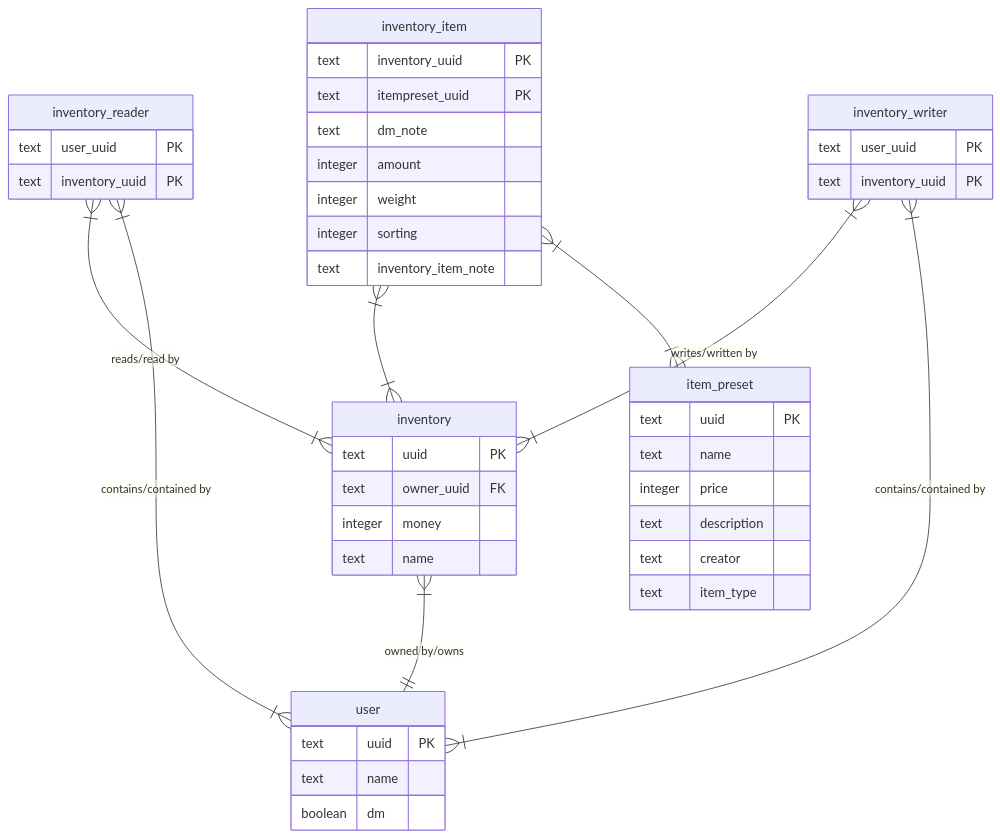
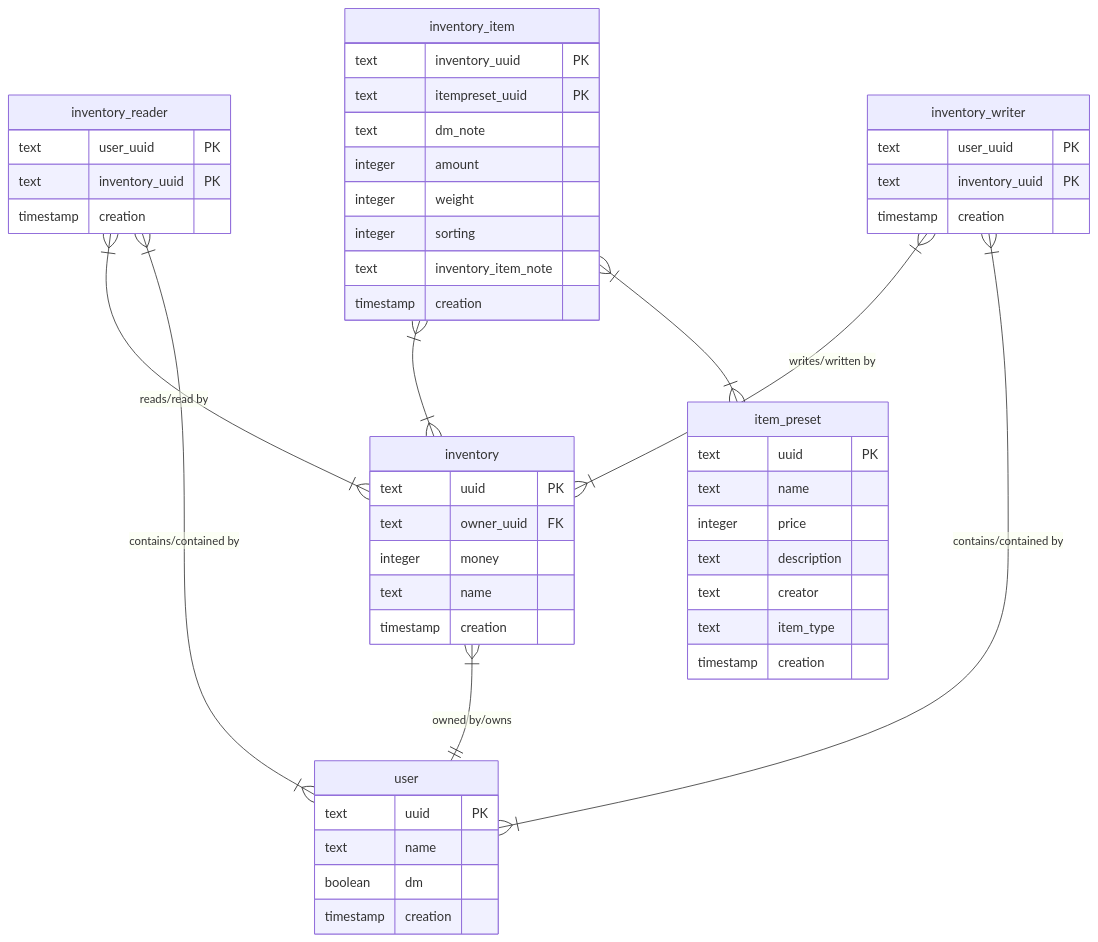
The diagram in backend/README.md (NamelessGroup/InventarWerk), drawn with Mermaid before and after one commit. The commit also changed other lines of this file and 1 other file, not shown here.

````diff
--- a/backend/README.md
+++ b/backend/README.md
@@ -252,54 +184,60 @@
 ```mermaid
 
 erDiagram
     inventory 1+--1 user: "owned by/owns"
     
     inventory {
         text uuid PK
         text owner_uuid FK
         integer money
         text name
+        timestamp creation
     }
 
     inventory_reader 1+--1+ inventory: "reads/read by"
     inventory_reader 1+--1+ user: "contains/contained by"
 
     inventory_reader {
         text user_uuid PK
         text inventory_uuid PK
+        timestamp creation
     }
     
     inventory_writer 1+--1+ inventory: "writes/written by"
     inventory_writer 1+--1+ user: "contains/contained by"
 
     inventory_writer {
         text user_uuid PK
         text inventory_uuid PK
+        timestamp creation
     }
 
 
     item_preset {
         text uuid PK
         text name
         integer price
         text description
         text creator
         text item_type
+        timestamp creation
     }
     user {
         text uuid PK
         text name
         boolean dm
+        timestamp creation
     }
     inventory_item 1+--1+ inventory: ""
     inventory_item 1+--1+ item_preset: ""
     inventory_item {
         text inventory_uuid PK
         text itempreset_uuid PK
         text dm_note
         integer amount
         integer weight
         integer sorting
         text inventory_item_note
+        timestamp creation
     }
 ```
````
